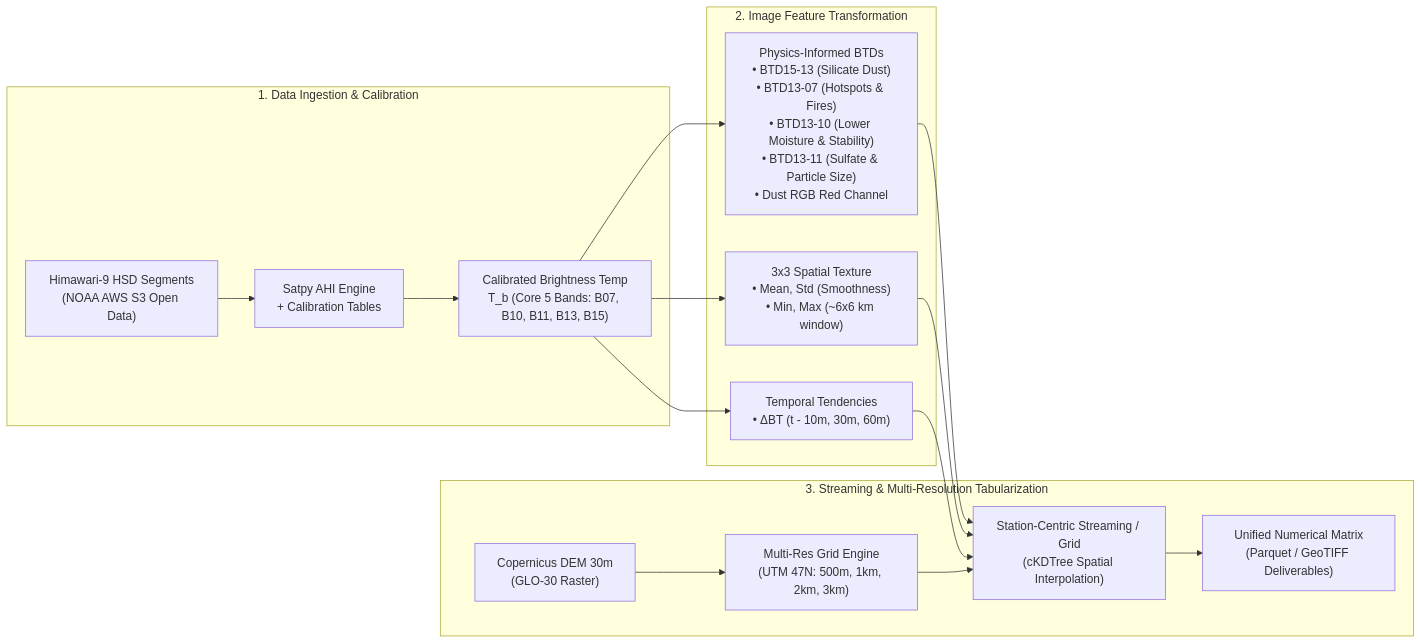
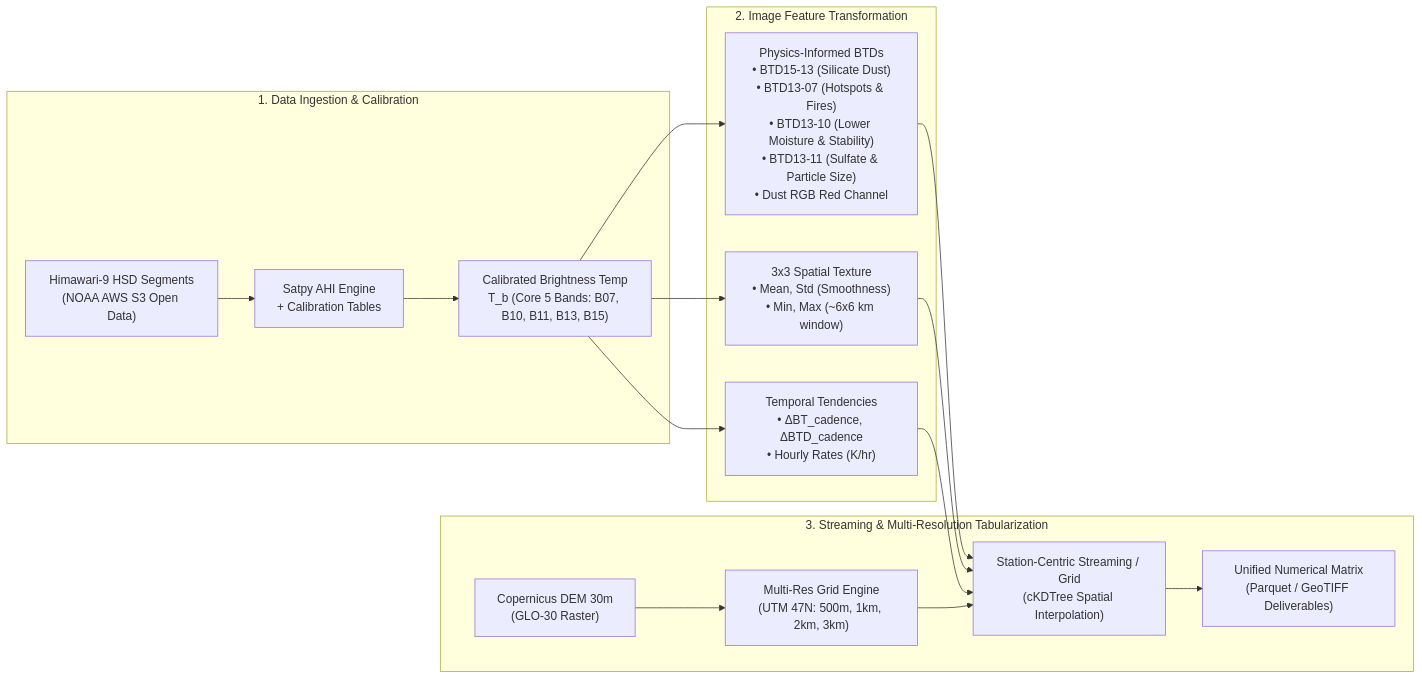
One commit to korarit/dust-from-satellite-image-thailand changed the first of 2 diagrams in technical-image-process.md. Above: the diagram before and after it, drawn with Mermaid. The commit also changed other lines of this file and 11 other files, not shown here.

````diff
--- a/technical-image-process.md
+++ b/technical-image-process.md
@@ -12,20 +12,20 @@
 ```mermaid
 flowchart LR
     subgraph Ingestion ["1. Data Ingestion & Calibration"]
         Raw["Himawari-9 HSD Segments<br>(NOAA AWS S3 Open Data)"] --> Satpy["Satpy AHI Engine<br>+ Calibration Tables"]
         Satpy --> Calib["Calibrated Brightness Temp<br>T_b (Core 5 Bands: B07, B10, B11, B13, B15)"]
     end
 
     subgraph FeatureEng ["2. Image Feature Transformation"]
         Calib --> BTD["Physics-Informed BTDs<br>• BTD15-13 (Silicate Dust)<br>• BTD13-07 (Hotspots & Fires)<br>• BTD13-10 (Lower Moisture & Stability)<br>• BTD13-11 (Sulfate & Particle Size)<br>• Dust RGB Red Channel"]
         Calib --> Tex["3x3 Spatial Texture<br>• Mean, Std (Smoothness)<br>• Min, Max (~6x6 km window)"]
-        Calib --> Temp["Temporal Tendencies<br>• ΔBT (t - 10m, 30m, 60m)"]
+        Calib --> Temp["Temporal Tendencies<br>• ΔBT_cadence, ΔBTD_cadence<br>• Hourly Rates (K/hr)"]
     end
 
     subgraph GeoIntegration ["3. Streaming & Multi-Resolution Tabularization"]
         DEM["Copernicus DEM 30m<br>(GLO-30 Raster)"] --> Grid["Multi-Res Grid Engine<br>(UTM 47N: 500m, 1km, 2km, 3km)"]
         BTD & Tex & Temp --> Tab["Station-Centric Streaming / Grid<br>(cKDTree Spatial Interpolation)"]
         Grid --> Tab
         Tab --> Out["Unified Numerical Matrix<br>(Parquet / GeoTIFF Deliverables)"]
     end
 ```
````
